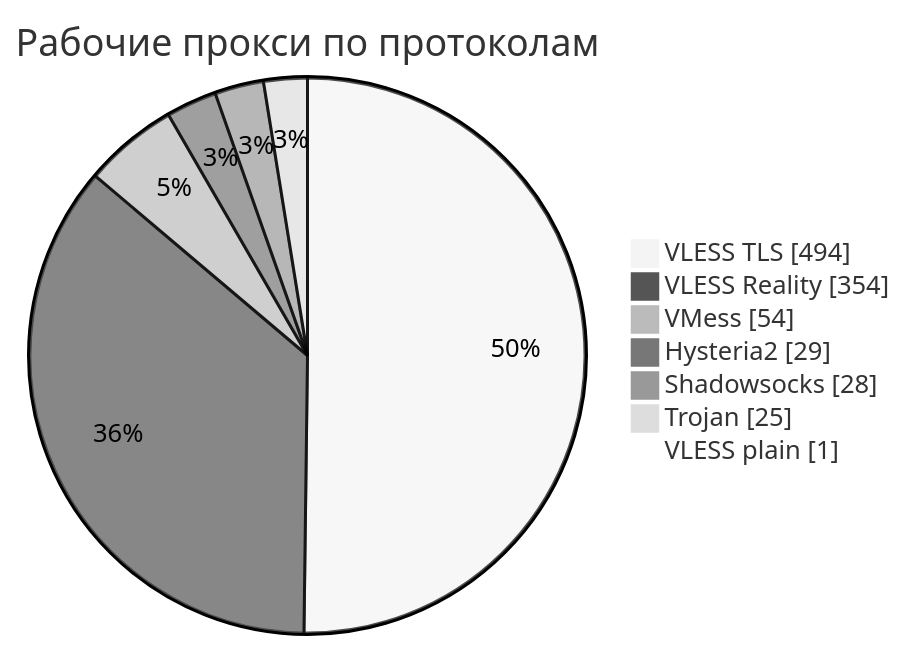
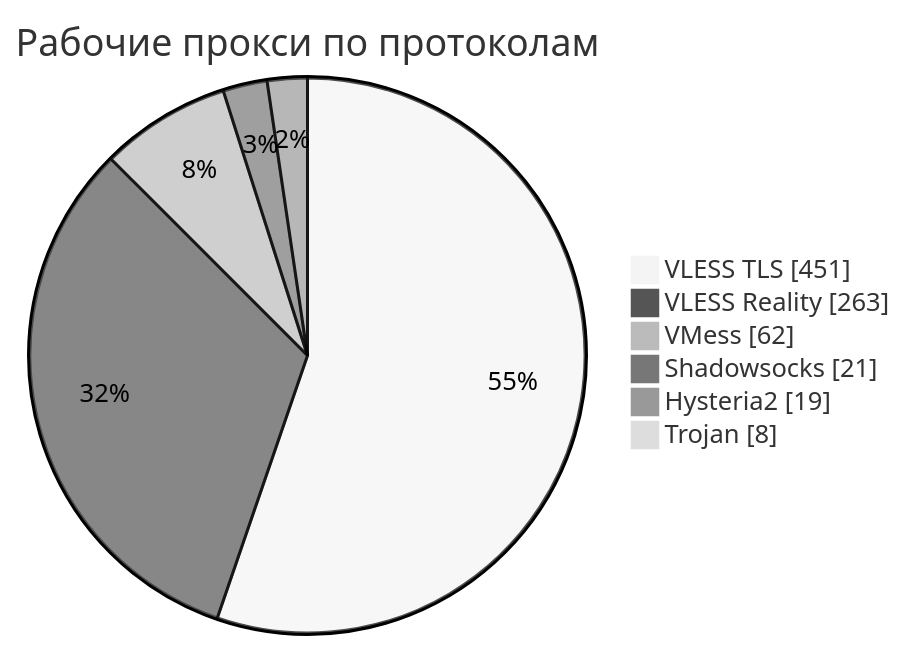
The third of 4 diagrams in README.md (rvvg/proxy-subs), drawn with Mermaid (neutral theme) before and after one commit. The commit also changed other lines of this file and 45 other files, not shown here.

````diff
--- a/README.md
+++ b/README.md
@@ -136,11 +133,10 @@
 ```mermaid
 pie showData
     title Рабочие прокси по протоколам
-    "VLESS TLS" : 494
-    "VLESS Reality" : 354
-    "VMess" : 54
-    "Hysteria2" : 29
-    "Shadowsocks" : 28
-    "Trojan" : 25
-    "VLESS plain" : 1
+    "VLESS TLS" : 451
+    "VLESS Reality" : 263
+    "VMess" : 62
+    "Shadowsocks" : 21
+    "Hysteria2" : 19
+    "Trojan" : 8
 ```
````
